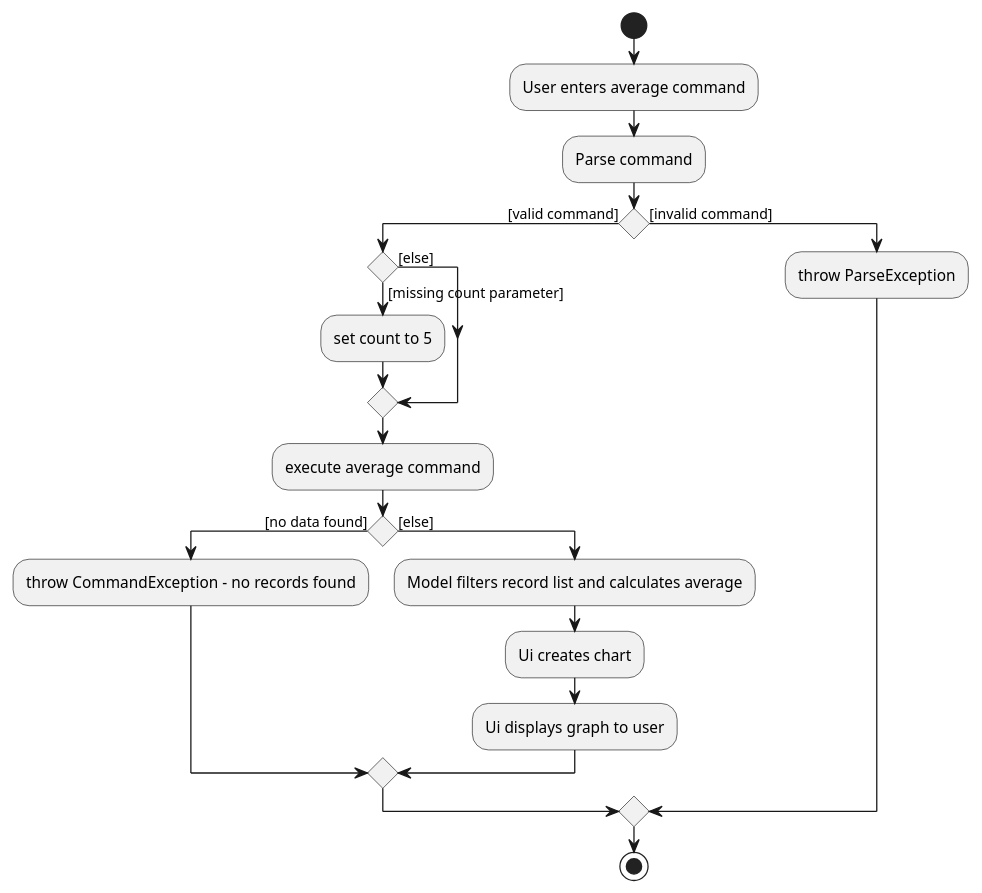
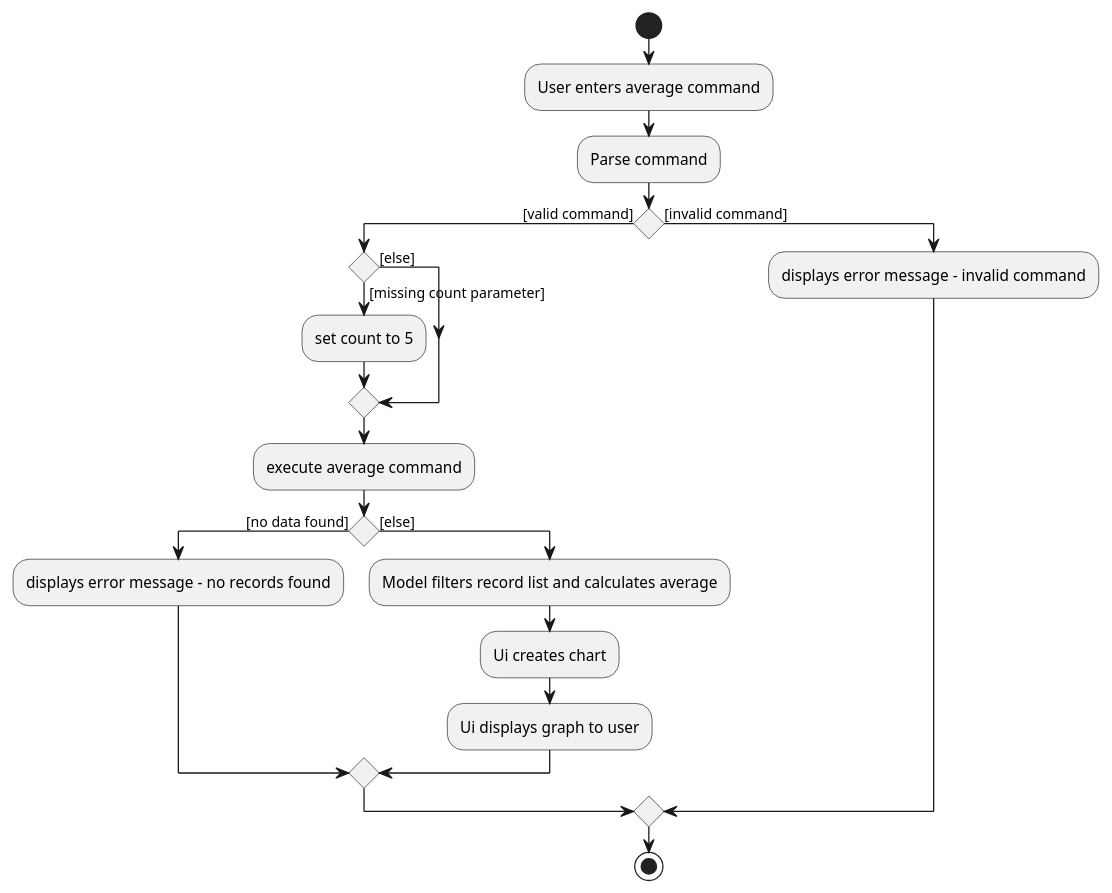
Before and after one commit to nus-cs2103-AY1920S1/addressbook-level3: the diagram in docs/diagrams/AverageCommandFailureActivityDiagram.puml, drawn with PlantUML. The commit also changed 7 other files, not shown here.

```diff
--- a/docs/diagrams/AverageCommandFailureActivityDiagram.puml
+++ b/docs/diagrams/AverageCommandFailureActivityDiagram.puml
@@ -1,25 +1,25 @@
 @startuml
 start
 :User enters average command;
 
 :Parse command;
 
 if () then ([valid command])
 if () then ([missing count parameter])
     :set count to 5;
 else ([else])
 endif
     :execute average command;
 if () then ([no data found])
-    :throw CommandException - no records found;
+    :displays error message - no records found;
 else ([else])
     :Model filters record list and calculates average;
     :Ui creates chart;
     :Ui displays graph to user;
 endif
 else ([invalid command])
-    :throw ParseException;
+    :displays error message - invalid command;
 endif
 
 stop
 @enduml
```
